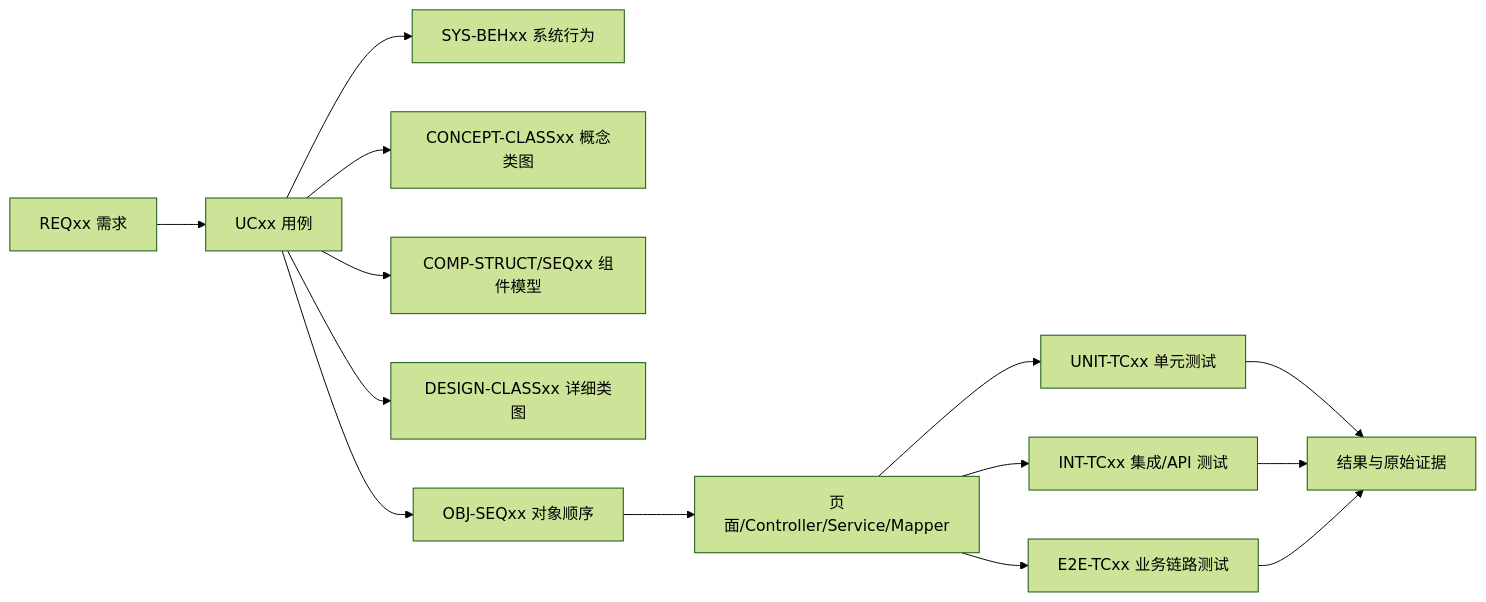
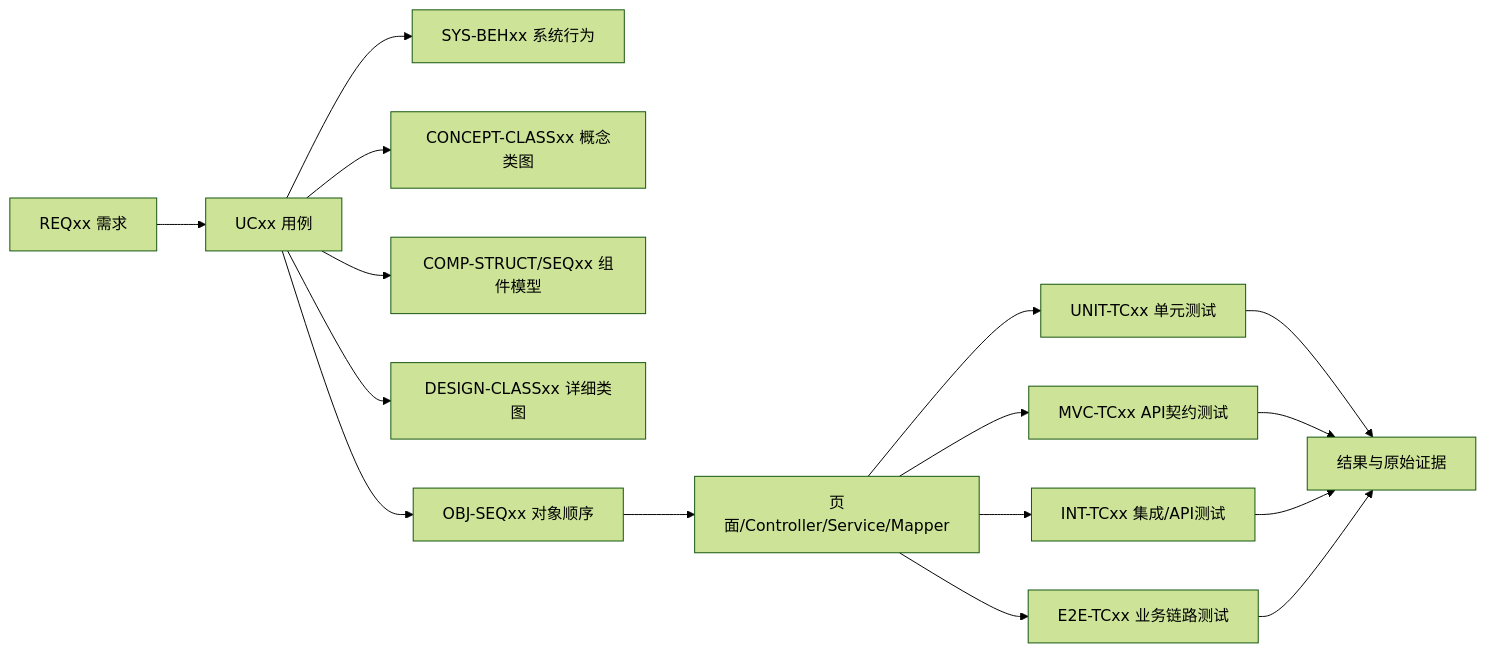
The diagram in 02_docs/specifications/requirements-traceability-matrix.md (Isabella-Apus/SEGroup8), drawn with Mermaid (forest theme) before and after one commit. The commit also changed other lines of this file and 34 other files, not shown here.

````diff
--- a/02_docs/specifications/requirements-traceability-matrix.md
+++ b/02_docs/specifications/requirements-traceability-matrix.md
@@ -9,16 +9,18 @@
 ```mermaid
 flowchart LR
   REQ[REQxx 需求] --> UC[UCxx 用例]
   UC --> SYS[SYS-BEHxx 系统行为]
   UC --> CONCEPT[CONCEPT-CLASSxx 概念类图]
   UC --> COMP[COMP-STRUCT/SEQxx 组件模型]
   UC --> DESIGN[DESIGN-CLASSxx 详细类图]
   UC --> OBJ[OBJ-SEQxx 对象顺序]
   OBJ --> CODE[页面/Controller/Service/Mapper]
   CODE --> UNIT[UNIT-TCxx 单元测试]
-  CODE --> INT[INT-TCxx 集成/API 测试]
+  CODE --> MVC[MVC-TCxx API契约测试]
+  CODE --> INT[INT-TCxx 集成/API测试]
   CODE --> E2E[E2E-TCxx 业务链路测试]
   UNIT --> RESULT[结果与原始证据]
+  MVC --> RESULT
   INT --> RESULT
   E2E --> RESULT
 ```
````
